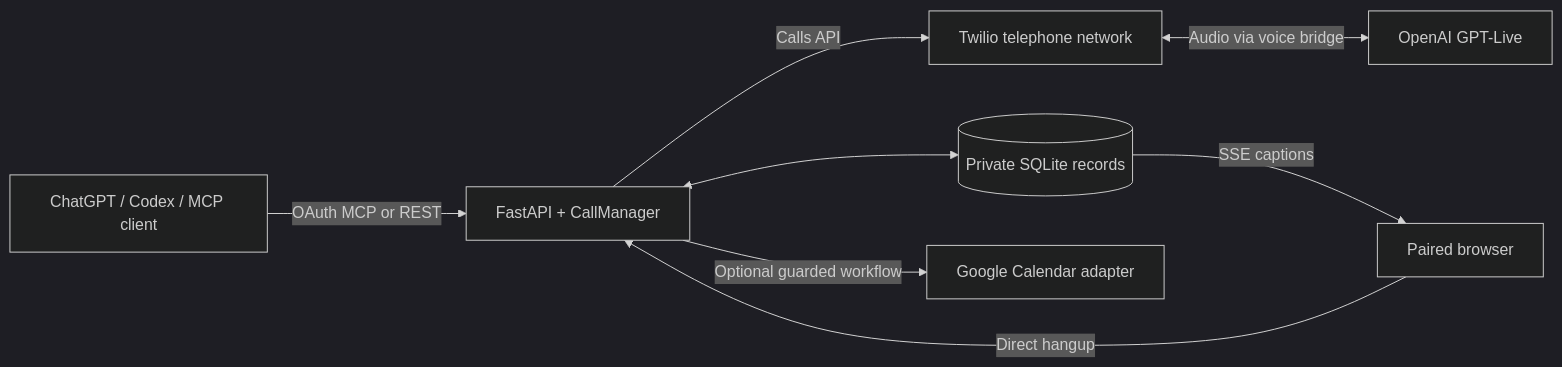
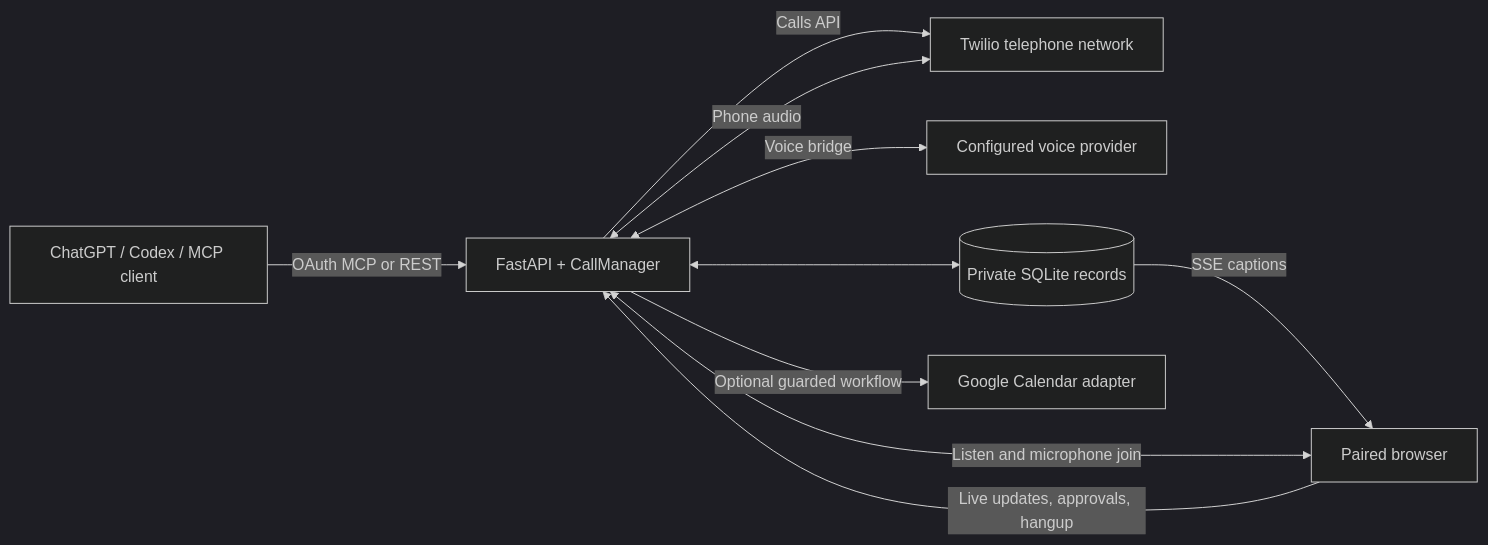
One commit to i-xoxol/phone-assistant changed the diagram in README.md. Above: the diagram before and after it, drawn with Mermaid (dark theme). The commit also changed other lines of this file and 25 other files, not shown here.

Commit message:
Add browser live listening and owner microphone participation

````diff
--- a/README.md
+++ b/README.md
@@ -140,10 +184,12 @@
 ```mermaid
 flowchart LR
     Client["ChatGPT / Codex / MCP client"] -->|OAuth MCP or REST| App["FastAPI + CallManager"]
     App -->|Calls API| Twilio["Twilio telephone network"]
-    Twilio <-->|Audio via voice bridge| Live["OpenAI GPT-Live"]
+    Twilio <-->|Phone audio| App
+    App <-->|Voice bridge| Live["Configured voice provider"]
     App <--> DB[("Private SQLite records")]
     DB -->|SSE captions| Monitor["Paired browser"]
-    Monitor -->|Direct hangup| App
+    Monitor <-->|Listen and microphone join| App
+    Monitor -->|Live updates, approvals, hangup| App
     App -->|Optional guarded workflow| Calendar["Google Calendar adapter"]
 ```
````
